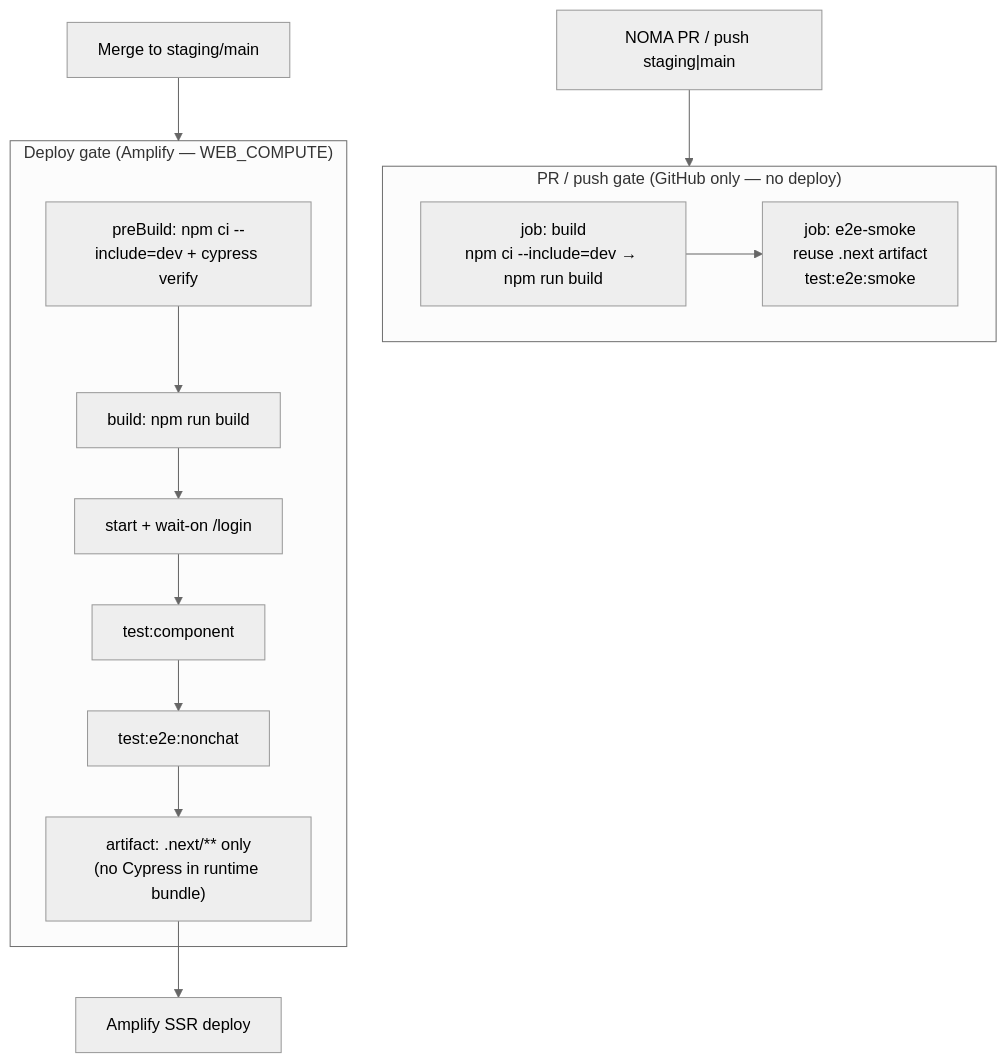
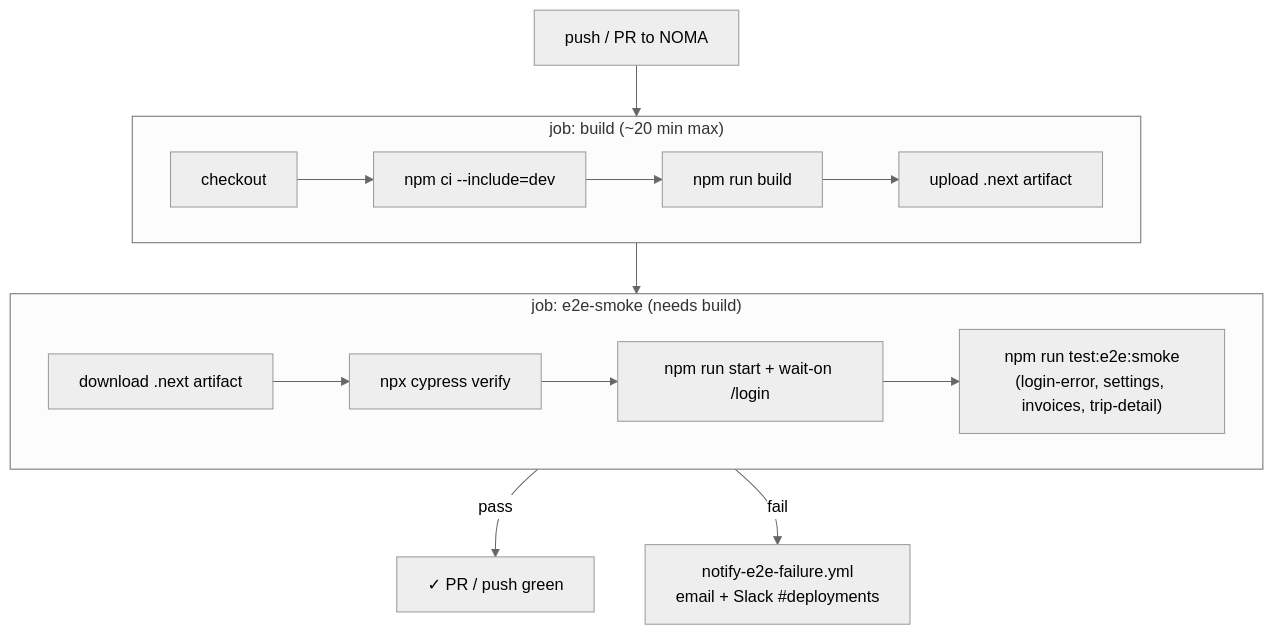
The third of 7 diagrams in CI_CD_FLOWCHART.md (Noma-Travel/system), drawn with Mermaid (neutral theme) before and after one commit. The commit also changed other lines of this file, not shown here.

Commit message:
docs: clarify CI/CD flowchart — frontend paths, explicit test steps, failure notify

````diff
--- a/CI_CD_FLOWCHART.md
+++ b/CI_CD_FLOWCHART.md
@@ -153,22 +128,25 @@
 ```mermaid
 flowchart TB
-  subgraph pr_gate["PR / push gate (GitHub only — no deploy)"]
-    B1["job: build\nnpm ci --include=dev → npm run build"]
-    B2["job: e2e-smoke\nreuse .next artifact\ntest:e2e:smoke"]
-    B1 --> B2
+  START["push / PR to NOMA"] --> BUILD
+
+  subgraph BUILD["job: build (~20 min max)"]
+    B1["checkout"]
+    B2["npm ci --include=dev"]
+    B3["npm run build"]
+    B4["upload .next artifact"]
+    B1 --> B2 --> B3 --> B4
   end
 
-  subgraph amp_gate["Deploy gate (Amplify — WEB_COMPUTE)"]
-    A1["preBuild: npm ci --include=dev + cypress verify"]
-    A2["build: npm run build"]
-    A3["start + wait-on /login"]
-    A4["test:component"]
-    A5["test:e2e:nonchat"]
-    A6["artifact: .next/** only\n(no Cypress in runtime bundle)"]
-    A1 --> A2 --> A3 --> A4 --> A5 --> A6
+  BUILD --> SMOKE
+
+  subgraph SMOKE["job: e2e-smoke (needs build)"]
+    S1["download .next artifact"]
+    S2["npx cypress verify"]
+    S3["npm run start + wait-on /login"]
+    S4["npm run test:e2e:smoke\n(login-error, settings, invoices, trip-detail)"]
+    S1 --> S2 --> S3 --> S4
   end
 
-  PR["NOMA PR / push staging|main"] --> pr_gate
-  MERGE["Merge to staging/main"] --> amp_gate
-  A6 --> LIVE["Amplify SSR deploy"]
+  SMOKE -->|pass| OK["✓ PR / push green"]
+  SMOKE -->|fail| NF["notify-e2e-failure.yml\nemail + Slack #deployments"]
 ```
````
